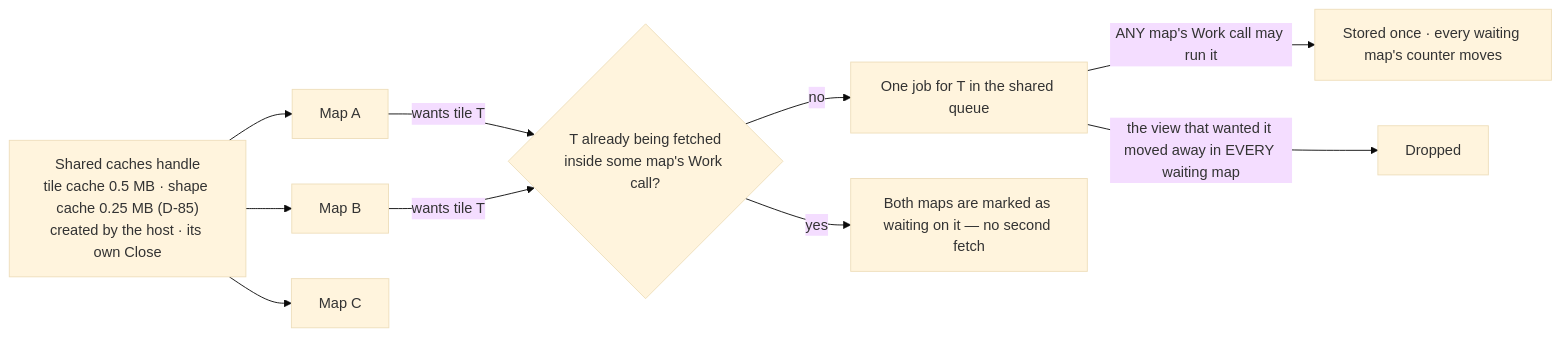
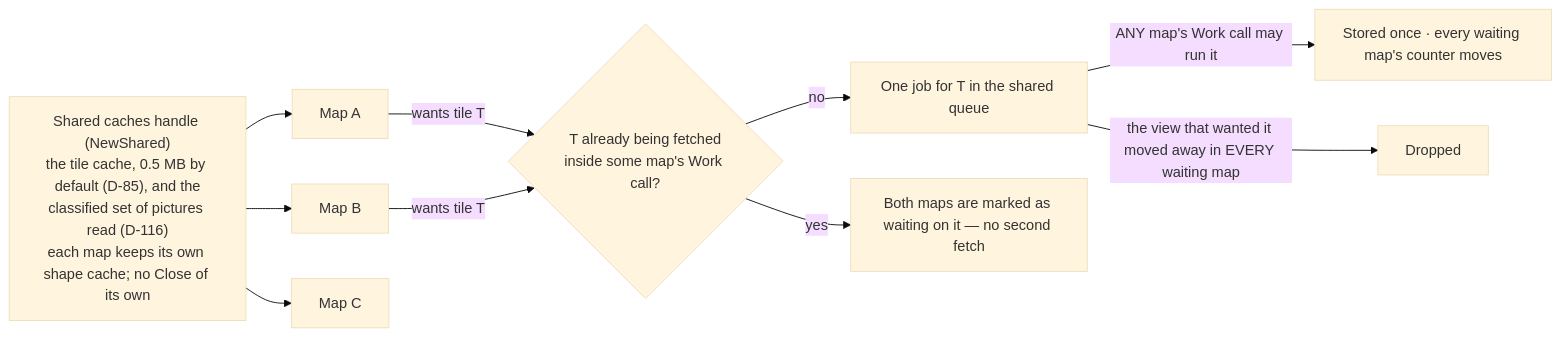
The second of 2 diagrams in 06_docs/02_features/go-tuimaps/03-architecture-design/contract.md (branden-thompson/go-tuimaps), drawn with Mermaid (base theme) before and after one commit. The commit also changed other lines of this file and 544 other files, not shown here.

````diff
--- a/06_docs/02_features/go-tuimaps/03-architecture-design/contract.md
+++ b/06_docs/02_features/go-tuimaps/03-architecture-design/contract.md
@@ -139,12 +164,12 @@
 ```mermaid
 flowchart LR
-    SC["Shared caches handle<br/>tile cache 0.5 MB · shape cache 0.25 MB (D-85)<br/>created by the host · its own Close"] --> M1["Map A"]
+    SC["Shared caches handle (NewShared)<br/>the tile cache, 0.5 MB by default (D-85), and the<br/>classified set of pictures read (D-116)<br/>each map keeps its own shape cache; no Close of its own"] --> M1["Map A"]
     SC --> M2["Map B"]
     SC --> M3["Map C"]
     M1 -- "wants tile T" --> J{"T already being fetched<br/>inside some map's Work call?"}
     M2 -- "wants tile T" --> J
     J -- no --> Q["One job for T in the shared queue"]
     J -- yes --> W["Both maps are marked as waiting on it — no second fetch"]
     Q -- "ANY map's Work call may run it" --> DONE["Stored once · every waiting map's counter moves"]
     Q -- "the view that wanted it moved away in EVERY waiting map" --> DROP["Dropped"]
 ```
````
